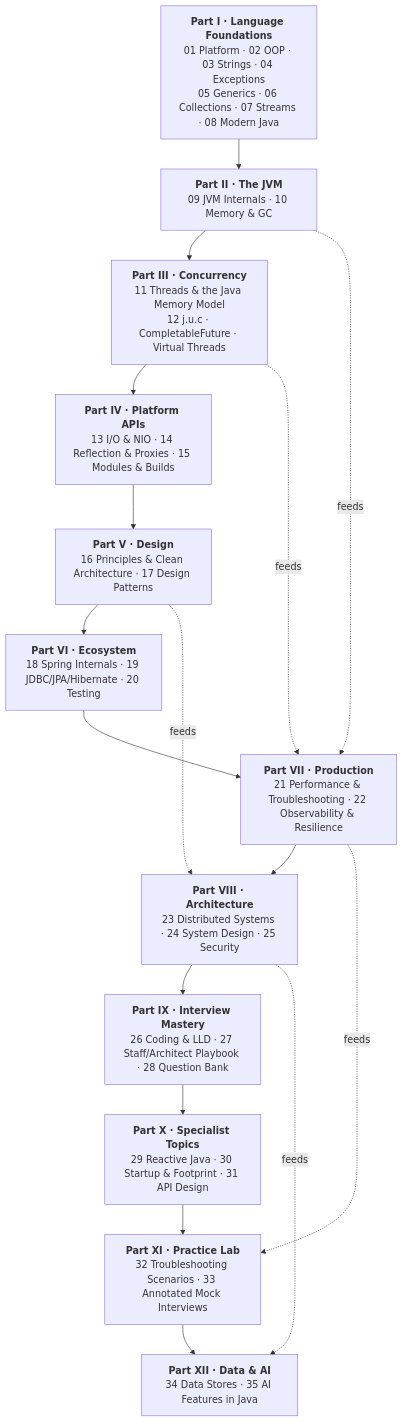
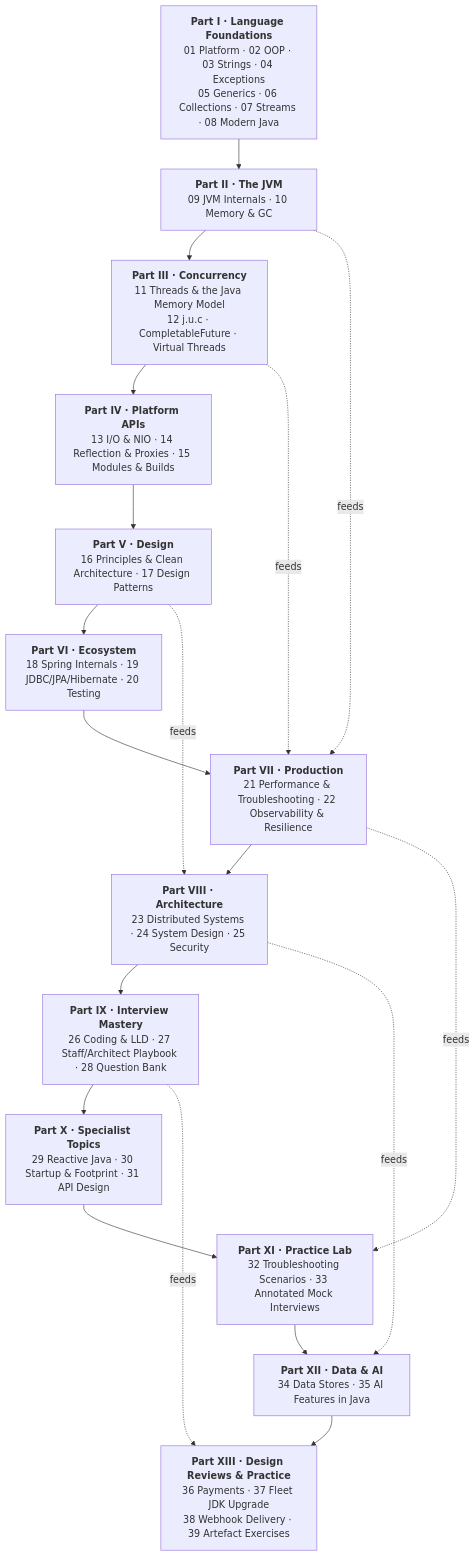
The diagram in README.md (SaiRohitSingampalli/java), drawn with Mermaid before and after one commit. The commit also changed other lines of this file and 114 other files, not shown here.

````diff
--- a/README.md
+++ b/README.md
@@ -56,21 +64,23 @@
 ```mermaid
 flowchart TD
     P1["<b>Part I · Language Foundations</b><br/>01 Platform · 02 OOP · 03 Strings · 04 Exceptions<br/>05 Generics · 06 Collections · 07 Streams · 08 Modern Java"]
     P2["<b>Part II · The JVM</b><br/>09 JVM Internals · 10 Memory & GC"]
     P3["<b>Part III · Concurrency</b><br/>11 Threads & the Java Memory Model<br/>12 j.u.c · CompletableFuture · Virtual Threads"]
     P4["<b>Part IV · Platform APIs</b><br/>13 I/O & NIO · 14 Reflection & Proxies · 15 Modules & Builds"]
     P5["<b>Part V · Design</b><br/>16 Principles & Clean Architecture · 17 Design Patterns"]
     P6["<b>Part VI · Ecosystem</b><br/>18 Spring Internals · 19 JDBC/JPA/Hibernate · 20 Testing"]
     P7["<b>Part VII · Production</b><br/>21 Performance & Troubleshooting · 22 Observability & Resilience"]
     P8["<b>Part VIII · Architecture</b><br/>23 Distributed Systems · 24 System Design · 25 Security"]
     P9["<b>Part IX · Interview Mastery</b><br/>26 Coding & LLD · 27 Staff/Architect Playbook · 28 Question Bank"]
     P10["<b>Part X · Specialist Topics</b><br/>29 Reactive Java · 30 Startup & Footprint · 31 API Design"]
     P11["<b>Part XI · Practice Lab</b><br/>32 Troubleshooting Scenarios · 33 Annotated Mock Interviews"]
     P12["<b>Part XII · Data & AI</b><br/>34 Data Stores · 35 AI Features in Java"]
-    P1 --> P2 --> P3 --> P4 --> P5 --> P6 --> P7 --> P8 --> P9 --> P10 --> P11 --> P12
+    P13["<b>Part XIII · Design Reviews & Practice</b><br/>36 Payments · 37 Fleet JDK Upgrade<br/>38 Webhook Delivery · 39 Artefact Exercises"]
+    P1 --> P2 --> P3 --> P4 --> P5 --> P6 --> P7 --> P8 --> P9 --> P10 --> P11 --> P12 --> P13
     P3 -.->|"feeds"| P7
     P2 -.->|"feeds"| P7
     P5 -.->|"feeds"| P8
     P7 -.->|"feeds"| P11
     P8 -.->|"feeds"| P12
+    P9 -.->|"feeds"| P13
 ```
````
